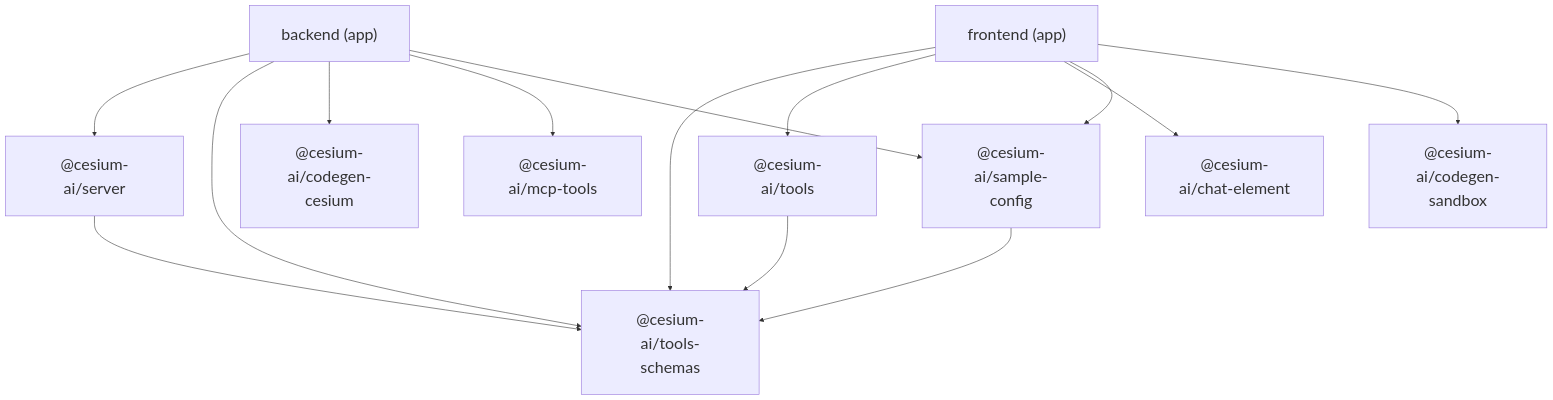
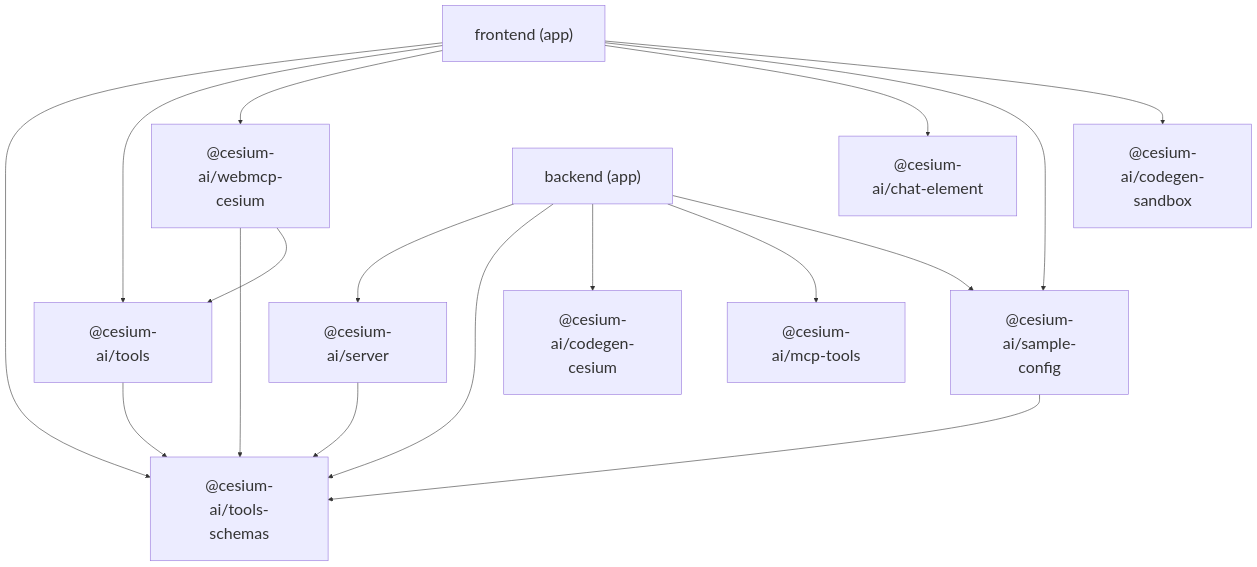
One commit to CesiumGS/cesiumjs-ai-starter-app changed the diagram in docs/packages/index.md. Above: the diagram before and after it, drawn with Mermaid. The commit also changed other lines of this file and 26 other files, not shown here.

````diff
--- a/docs/packages/index.md
+++ b/docs/packages/index.md
@@ -28,28 +29,32 @@
 ```mermaid
 %%{init: {"themeVariables": {"fontSize": "28px"}, "flowchart": {"nodeSpacing": 80, "rankSpacing": 110, "padding": 28}}}%%
 flowchart TD
     tools_schemas["@cesium-ai/tools-schemas"]
     tools["@cesium-ai/tools"]
+    webmcp["@cesium-ai/webmcp-cesium"]
     codegen["@cesium-ai/codegen-cesium"]
     sandbox["@cesium-ai/codegen-sandbox"]
     mcp["@cesium-ai/mcp-tools"]
     server["@cesium-ai/server"]
     chatel["@cesium-ai/chat-element"]
     shared["@cesium-ai/sample-config"]
     backend["backend (app)"]
     frontend["frontend (app)"]
 
     backend --> server
     backend --> tools_schemas
     backend --> codegen
     backend --> mcp
     backend --> shared
     frontend --> tools_schemas
     frontend --> tools
+    frontend --> webmcp
     frontend --> chatel
     frontend --> shared
     frontend --> sandbox
     tools --> tools_schemas
+    webmcp --> tools_schemas
+    webmcp --> tools
     shared --> tools_schemas
     server --> tools_schemas
 ```
````
